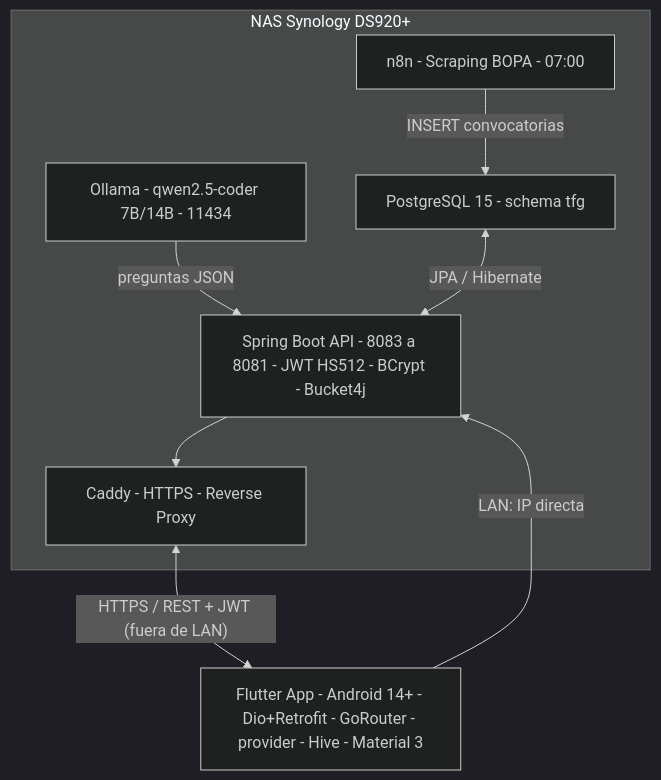
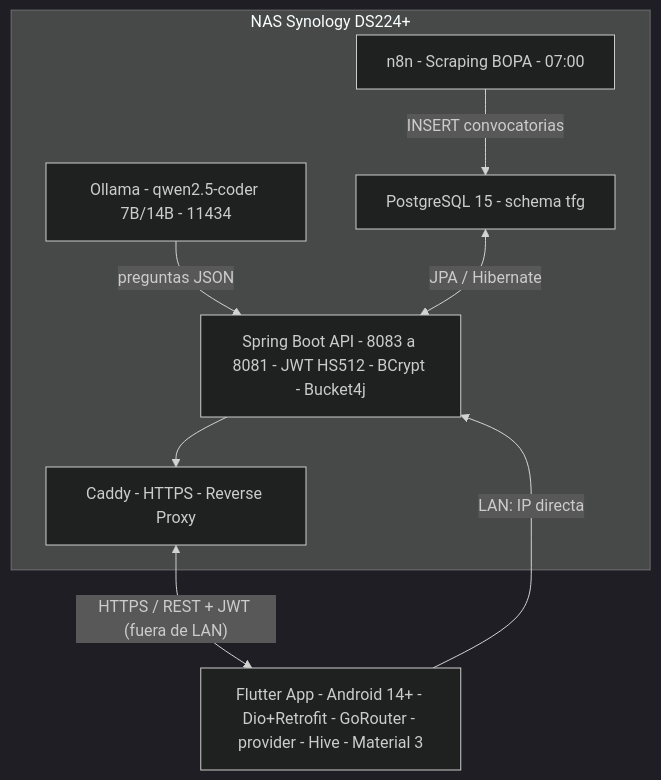
The diagram in README.md (IvanjonasFC/OposApp), drawn with Mermaid (dark theme) before and after one commit. The commit also changed other lines of this file, not shown here.

Commit message:
docs: banner principal, 3 capturas, sin IP del NAS, DS224+ y enlaces con badges

````diff
--- a/README.md
+++ b/README.md
@@ -62,20 +51,20 @@
 ```mermaid
 graph TD
-    subgraph NAS ["NAS Synology DS920+"]
+    subgraph NAS ["NAS Synology DS224+"]
         PG["PostgreSQL 15 - schema tfg"]
         N8N["n8n - Scraping BOPA - 07:00"]
         OL["Ollama - qwen2.5-coder 7B/14B - 11434"]
         SB["Spring Boot API - 8083 a 8081 - JWT HS512 - BCrypt - Bucket4j"]
         CD["Caddy - HTTPS - Reverse Proxy"]
 
         N8N -->|"INSERT convocatorias"| PG
         OL -->|"preguntas JSON"| SB
         PG <-->|"JPA / Hibernate"| SB
         SB --> CD
     end
 
     FL["Flutter App - Android 14+ - Dio+Retrofit - GoRouter - provider - Hive - Material 3"]
 
     FL -->|"LAN: IP directa"| SB
     CD <-->|"HTTPS / REST + JWT (fuera de LAN)"| FL
 ```
````
